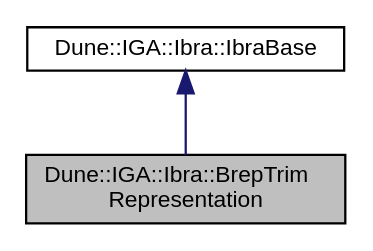
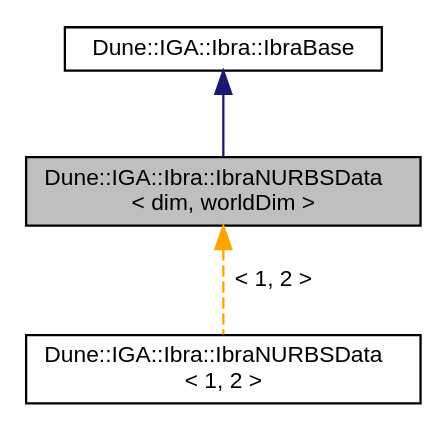
Before and after one commit to rath3t/dune-iga-doc: the diagram in de/d6c/a01349.dot, drawn with Graphviz. The commit also changed 968 other files, not shown here.

Commit message:
deploy: rath3t/dune-iga@f2dbb65936e775b6f4d62a33cb2082f06c7ffcd6

```diff
--- a/de/d6c/a01349.dot
+++ b/de/d6c/a01349.dot
@@ -1,9 +1,11 @@
-digraph "Dune::IGA::Ibra::BrepTrimRepresentation"
+digraph "Dune::IGA::Ibra::IbraNURBSData&lt; dim, worldDim &gt;"
 {
  // LATEX_PDF_SIZE
   edge [fontname="Helvetica",fontsize="10",labelfontname="Helvetica",labelfontsize="10"];
   node [fontname="Helvetica",fontsize="10",shape=record];
-  Node1 [label="Dune::IGA::Ibra::BrepTrim\lRepresentation",height=0.2,width=0.4,color="black", fillcolor="grey75", style="filled", fontcolor="black",tooltip=" "];
+  Node1 [label="Dune::IGA::Ibra::IbraNURBSData\l\< dim, worldDim \>",height=0.2,width=0.4,color="black", fillcolor="grey75", style="filled", fontcolor="black",tooltip=" "];
   Node2 -> Node1 [dir="back",color="midnightblue",fontsize="10",style="solid",fontname="Helvetica"];
-  Node2 [label="Dune::IGA::Ibra::IbraBase",height=0.2,width=0.4,color="black", fillcolor="white", style="filled",URL="$d5/da0/a01342.html",tooltip=" "];
+  Node2 [label="Dune::IGA::Ibra::IbraBase",height=0.2,width=0.4,color="black", fillcolor="white", style="filled",URL="$d9/de4/a01346.html",tooltip=" "];
+  Node1 -> Node3 [dir="back",color="orange",fontsize="10",style="dashed",label=" \< 1, 2 \>" ,fontname="Helvetica"];
+  Node3 [label="Dune::IGA::Ibra::IbraNURBSData\l\< 1, 2 \>",height=0.2,width=0.4,color="black", fillcolor="white", style="filled",URL="$da/d61/a01350.html",tooltip=" "];
 }
```
